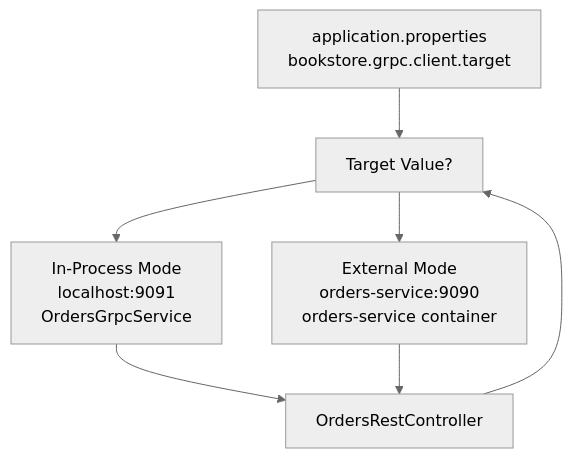
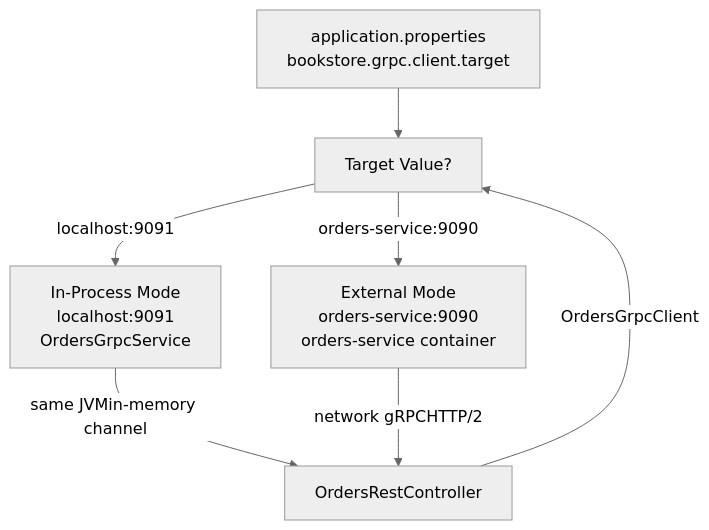
Before and after one commit to philipz/spring-modular-monolith: the second of 4 diagrams in docs/deepwiki/Integration-with-Monolith.md, drawn with Mermaid (neutral theme). The commit also changed other lines of this file and 55 other files, not shown here.

````diff
--- a/docs/deepwiki/Integration-with-Monolith.md
+++ b/docs/deepwiki/Integration-with-Monolith.md
@@ -113,16 +113,16 @@
 ```mermaid
 flowchart TD
 
 Config["application.properties<br>bookstore.grpc.client.target"]
 Decision["Target Value?"]
 InProcess["In-Process Mode<br>localhost:9091<br>OrdersGrpcService"]
 External["External Mode<br>orders-service:9090<br>orders-service container"]
 MonolithController["OrdersRestController"]
 
 Config --> Decision
-Decision --> InProcess
-Decision --> External
-MonolithController --> Decision
-InProcess --> MonolithController
-External --> MonolithController
+Decision -->|"localhost:9091"| InProcess
+Decision -->|"orders-service:9090"| External
+MonolithController -->|"OrdersGrpcClient"| Decision
+InProcess -->|"same JVMin-memory channel"| MonolithController
+External -->|"network gRPCHTTP/2"| MonolithController
 ```
````
